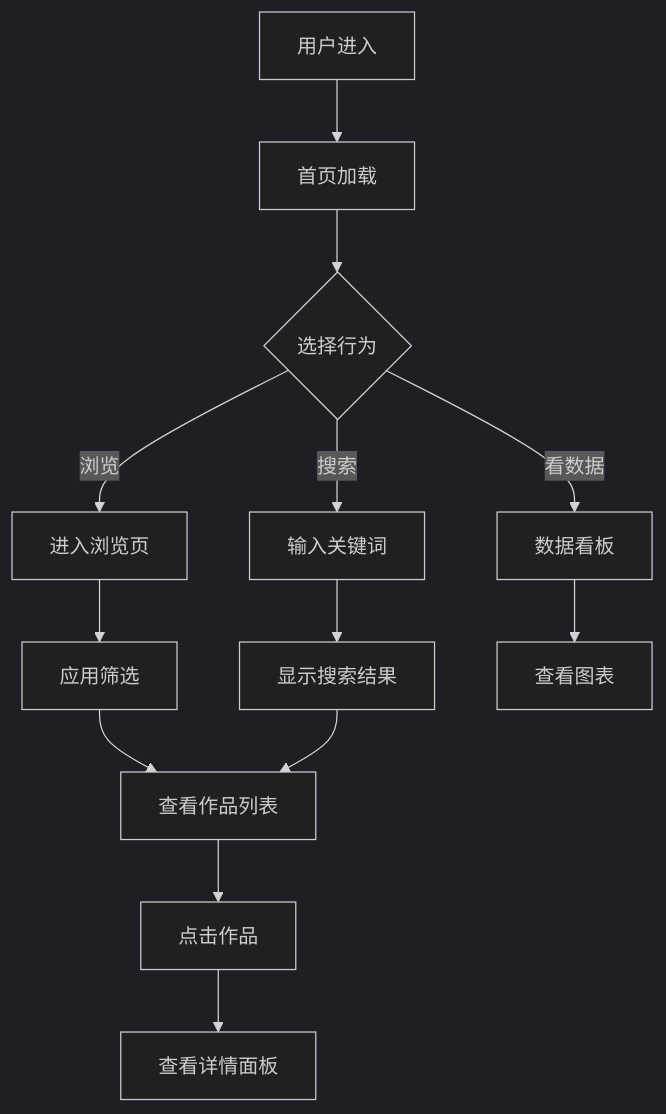
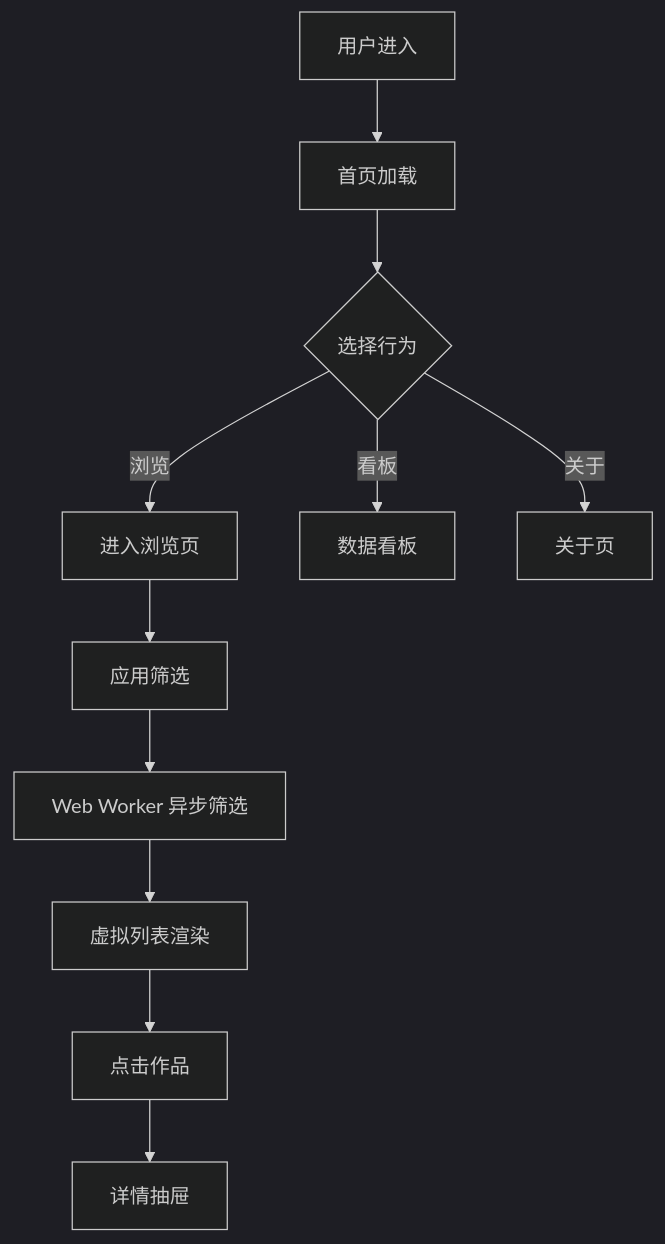
One commit to woshiabc55/AE changed the diagram in .trae/documents/PRD.md. Above: the diagram before and after it, drawn with Mermaid (dark theme). The commit also changed other lines of this file and 59 other files, not shown here.

````diff
--- a/.trae/documents/PRD.md
+++ b/.trae/documents/PRD.md
@@ -38,15 +47,13 @@
 ```mermaid
 flowchart TD
     A[用户进入] --> B[首页加载]
     B --> C{选择行为}
     C -->|浏览| D[进入浏览页]
-    C -->|搜索| E[输入关键词]
-    C -->|看数据| F[数据看板]
+    C -->|看板| E[数据看板]
+    C -->|关于| F[关于页]
     D --> G[应用筛选]
-    G --> H[查看作品列表]
-    H --> I[点击作品]
-    I --> J[查看详情面板]
-    E --> K[显示搜索结果]
-    K --> H
-    F --> L[查看图表]
+    G --> H[Web Worker 异步筛选]
+    H --> I[虚拟列表渲染]
+    I --> J[点击作品]
+    J --> K[详情抽屉]
 ```
````
